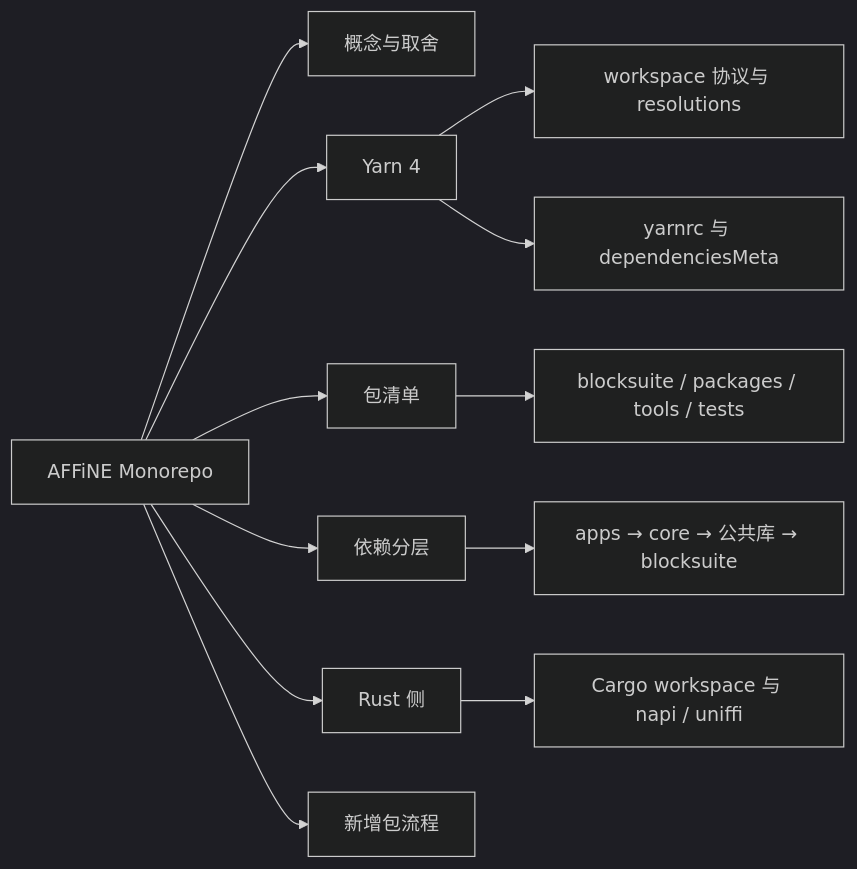
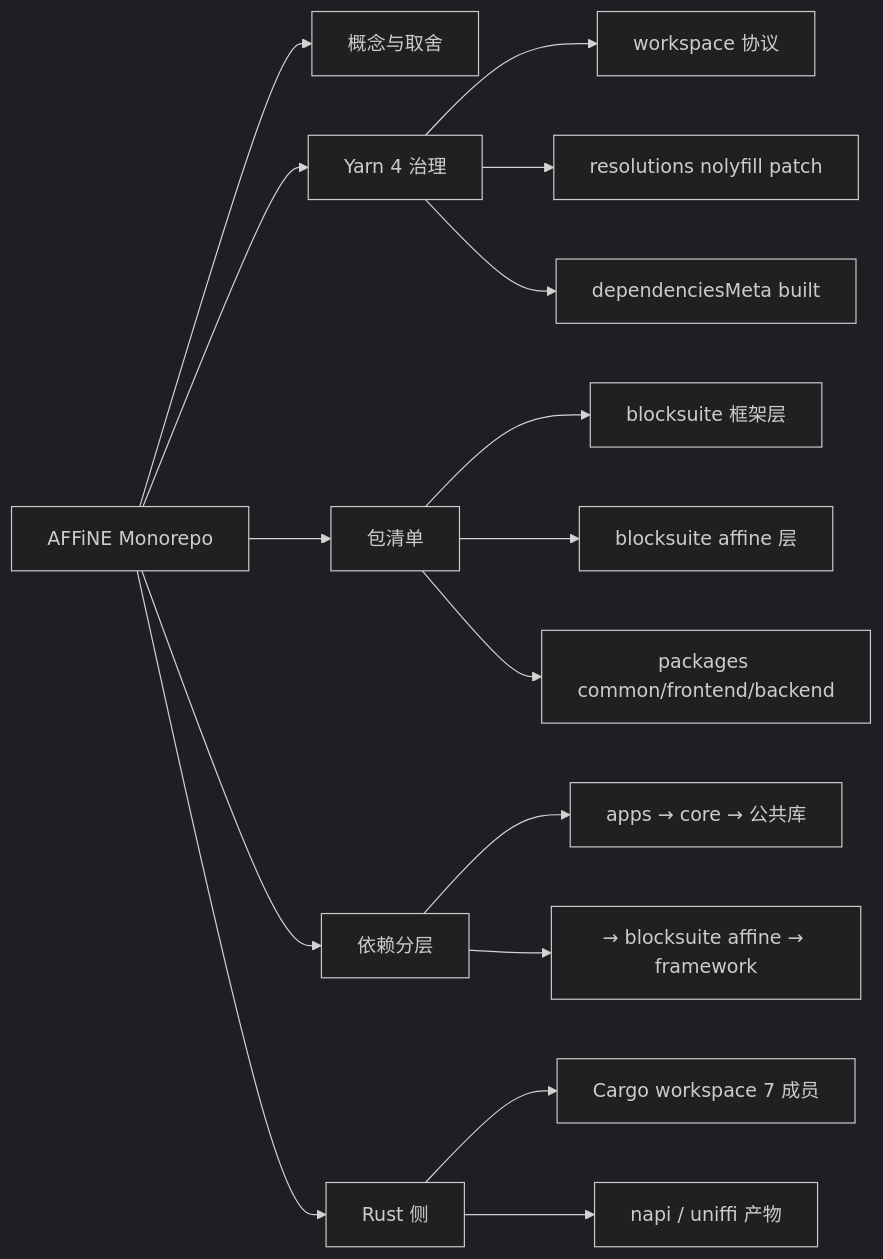
Before and after one commit to lfire/AFFiNE: the first of 3 diagrams in learning-guide/slides/decks/09.md, drawn with Mermaid (dark theme). The commit also changed other lines of this file and 46 other files, not shown here.

````diff
--- a/learning-guide/slides/decks/09.md
+++ b/learning-guide/slides/decks/09.md
@@ -43,14 +34,18 @@
 ```mermaid
 flowchart LR
-  Root[AFFiNE Monorepo] --> C[概念与取舍]
-  Root --> Y[Yarn 4]
-  Root --> L[包清单]
-  Root --> D[依赖分层]
-  Root --> R[Rust 侧]
-  Root --> N[新增包流程]
-  Y --> Y1["workspace 协议与 resolutions"]
-  Y --> Y2["yarnrc 与 dependenciesMeta"]
-  L --> L1["blocksuite / packages / tools / tests"]
-  D --> D1["apps → core → 公共库 → blocksuite"]
-  R --> R1["Cargo workspace 与 napi / uniffi"]
+  ROOT["AFFiNE Monorepo"] --> C["概念与取舍"]
+  ROOT --> Y["Yarn 4 治理"]
+  ROOT --> L["包清单"]
+  ROOT --> D["依赖分层"]
+  ROOT --> R["Rust 侧"]
+  Y --> Y1["workspace 协议"]
+  Y --> Y2["resolutions nolyfill patch"]
+  Y --> Y3["dependenciesMeta built"]
+  L --> L1["blocksuite 框架层"]
+  L --> L2["blocksuite affine 层"]
+  L --> L3["packages common/frontend/backend"]
+  D --> D1["apps → core → 公共库"]
+  D --> D2["→ blocksuite affine → framework"]
+  R --> R1["Cargo workspace 7 成员"]
+  R --> R2["napi / uniffi 产物"]
 ```
````
